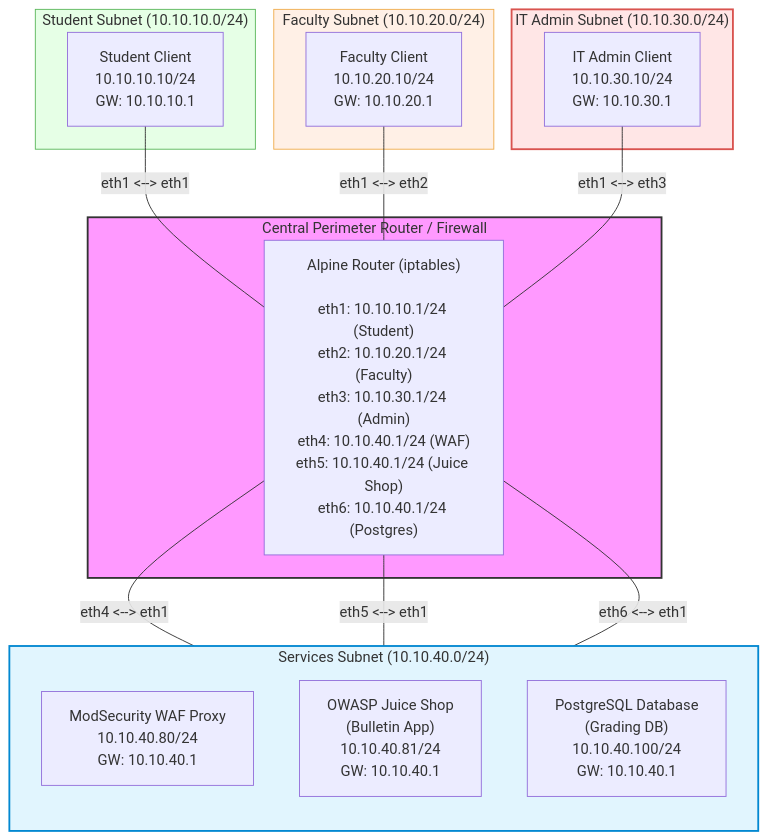
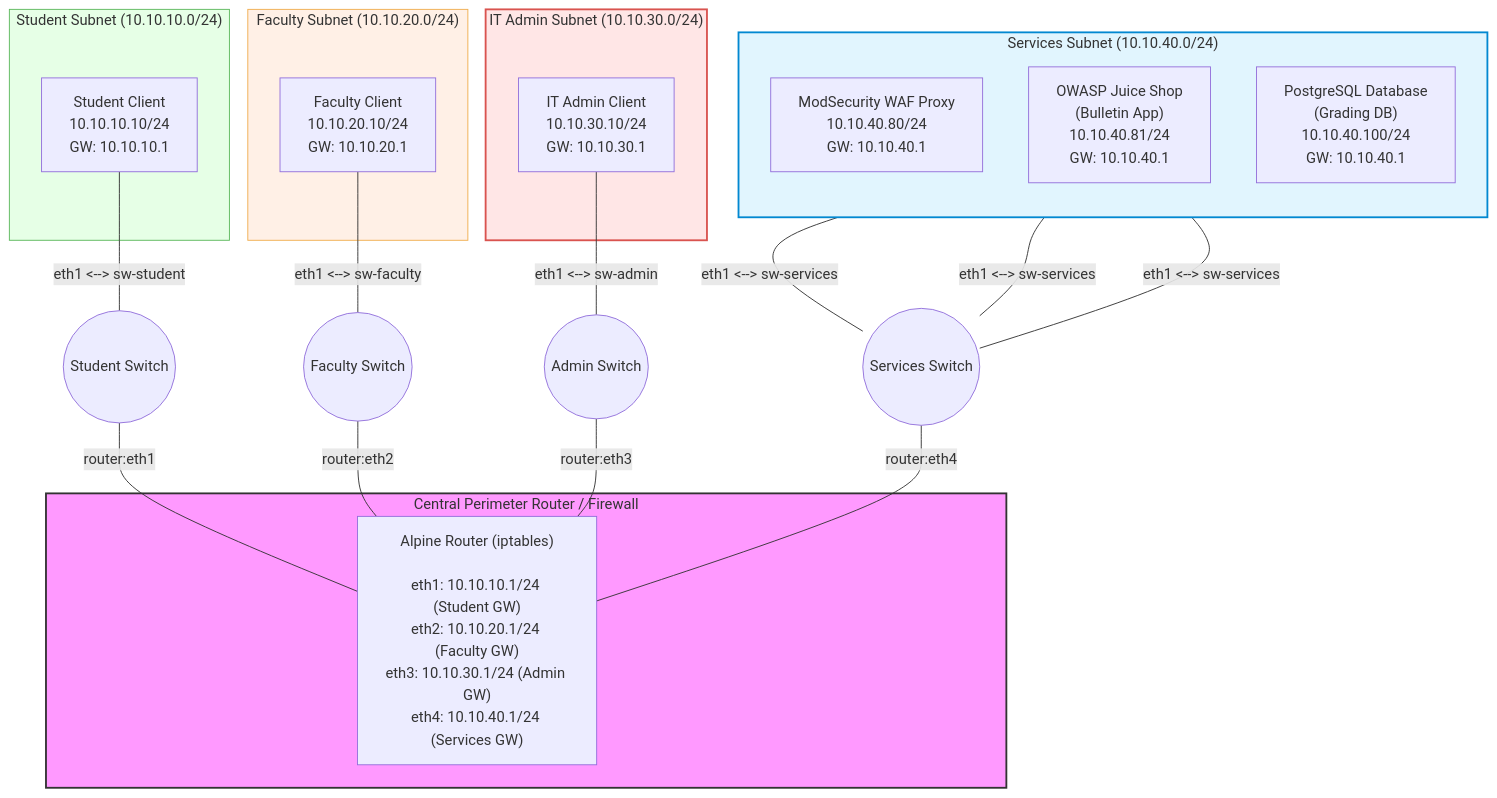
Before and after one commit to sealneaward/network-design: the diagram in assignment/campus-design.md, drawn with Mermaid. The commit also changed other lines of this file, not shown here.

````diff
--- a/assignment/campus-design.md
+++ b/assignment/campus-design.md
@@ -18,44 +18,51 @@
 ```mermaid
 flowchart TD
     subgraph STUDENT ["Student Subnet (10.10.10.0/24)"]
         student_node["Student Client<br/>10.10.10.10/24<br/>GW: 10.10.10.1"]
     end
 
     subgraph FACULTY ["Faculty Subnet (10.10.20.0/24)"]
         faculty_node["Faculty Client<br/>10.10.20.10/24<br/>GW: 10.10.20.1"]
     end
 
     subgraph ADMIN ["IT Admin Subnet (10.10.30.0/24)"]
         admin_node["IT Admin Client<br/>10.10.30.10/24<br/>GW: 10.10.30.1"]
     end
 
     subgraph GATEWAY ["Central Perimeter Router / Firewall"]
-        router["Alpine Router (iptables)<br/><br/>eth1: 10.10.10.1/24 (Student)<br/>eth2: 10.10.20.1/24 (Faculty)<br/>eth3: 10.10.30.1/24 (Admin)<br/>eth4: 10.10.40.1/24 (WAF)<br/>eth5: 10.10.40.1/24 (Juice Shop)<br/>eth6: 10.10.40.1/24 (Postgres)"]
+        router["Alpine Router (iptables)<br/><br/>eth1: 10.10.10.1/24 (Student GW)<br/>eth2: 10.10.20.1/24 (Faculty GW)<br/>eth3: 10.10.30.1/24 (Admin GW)<br/>eth4: 10.10.40.1/24 (Services GW)"]
     end
 
     subgraph SERVICES ["Services Subnet (10.10.40.0/24)"]
         direction TB
         waf["ModSecurity WAF Proxy<br/>10.10.40.80/24<br/>GW: 10.10.40.1"]
         juiceshop["OWASP Juice Shop<br/>(Bulletin App)<br/>10.10.40.81/24<br/>GW: 10.10.40.1"]
         postgres["PostgreSQL Database<br/>(Grading DB)<br/>10.10.40.100/24<br/>GW: 10.10.40.1"]
     end
 
-    student_node ---|eth1 <--> eth1| router
-    faculty_node ---|eth1 <--> eth2| router
-    admin_node ---|eth1 <--> eth3| router
-    router ---|eth4 <--> eth1| waf
-    router ---|eth5 <--> eth1| juiceshop
-    router ---|eth6 <--> eth1| postgres
+    student_node ---|eth1 <--> sw-student| sw_student((Student Switch))
+    sw_student ---|router:eth1| router
+    
+    faculty_node ---|eth1 <--> sw-faculty| sw_faculty((Faculty Switch))
+    sw_faculty ---|router:eth2| router
+    
+    admin_node ---|eth1 <--> sw-admin| sw_admin((Admin Switch))
+    sw_admin ---|router:eth3| router
+    
+    waf ---|eth1 <--> sw-services| sw_services((Services Switch))
+    juiceshop ---|eth1 <--> sw-services| sw_services
+    postgres ---|eth1 <--> sw-services| sw_services
+    sw_services ---|router:eth4| router
 
     classDef admin fill:#ffe6e6,stroke:#d9534f,stroke-width:2px;
     classDef faculty fill:#fff0e6,stroke:#f0ad4e,stroke-width:1px;
     classDef student fill:#e6ffe6,stroke:#5cb85c,stroke-width:1px;
     classDef services fill:#e1f5fe,stroke:#0288d1,stroke-width:2px;
     classDef router fill:#f9f,stroke:#333,stroke-width:2px;
 
     class ADMIN admin;
     class FACULTY faculty;
     class STUDENT student;
     class SERVICES services;
     class GATEWAY router;
 ```
````
